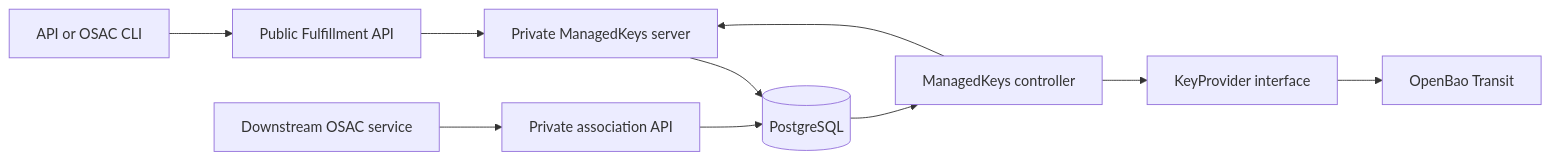
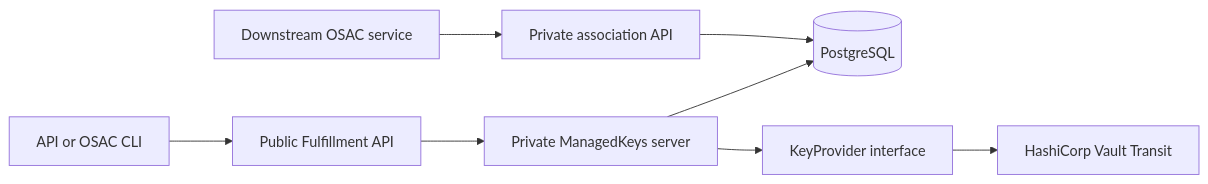
The diagram in enhancements/OSAC-3612-key-management-service/design.md (osac-project/enhancement-proposals), drawn with Mermaid before and after one commit. The commit also changed other lines of this file and 1 other file, not shown here.

````diff
--- a/enhancements/OSAC-3612-key-management-service/design.md
+++ b/enhancements/OSAC-3612-key-management-service/design.md
@@ -61,12 +61,10 @@
 ```mermaid
 flowchart LR
     User[API or OSAC CLI] --> Public[Public Fulfillment API]
     Public --> Private[Private ManagedKeys server]
     Private --> DB[(PostgreSQL)]
-    DB --> Controller[ManagedKeys controller]
-    Controller --> Provider[KeyProvider interface]
-    Provider --> Transit[OpenBao Transit]
+    Private --> Provider[KeyProvider interface]
+    Provider --> Transit[HashiCorp Vault Transit]
     Consumer[Downstream OSAC service] --> Association[Private association API]
     Association --> DB
-    Controller --> Private
 ```
````
